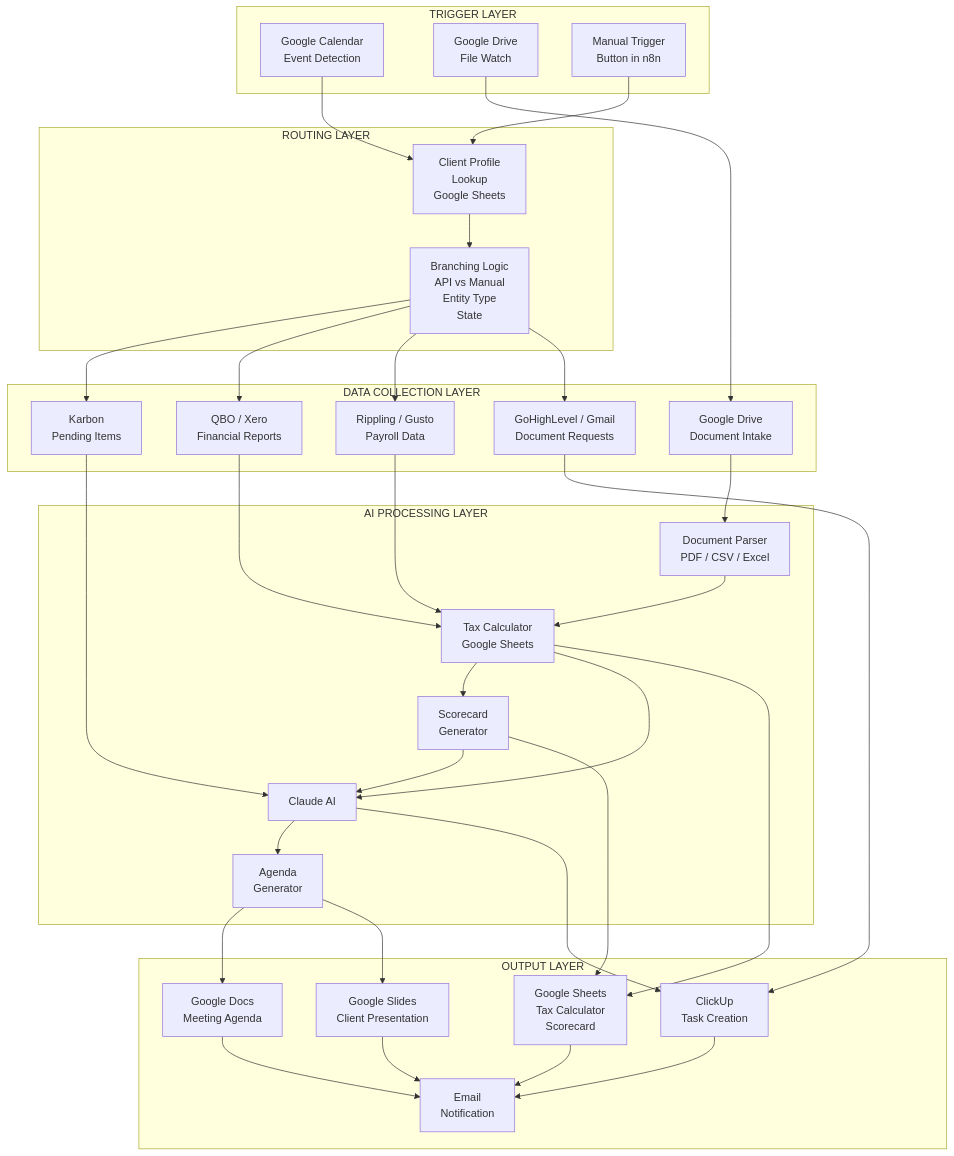
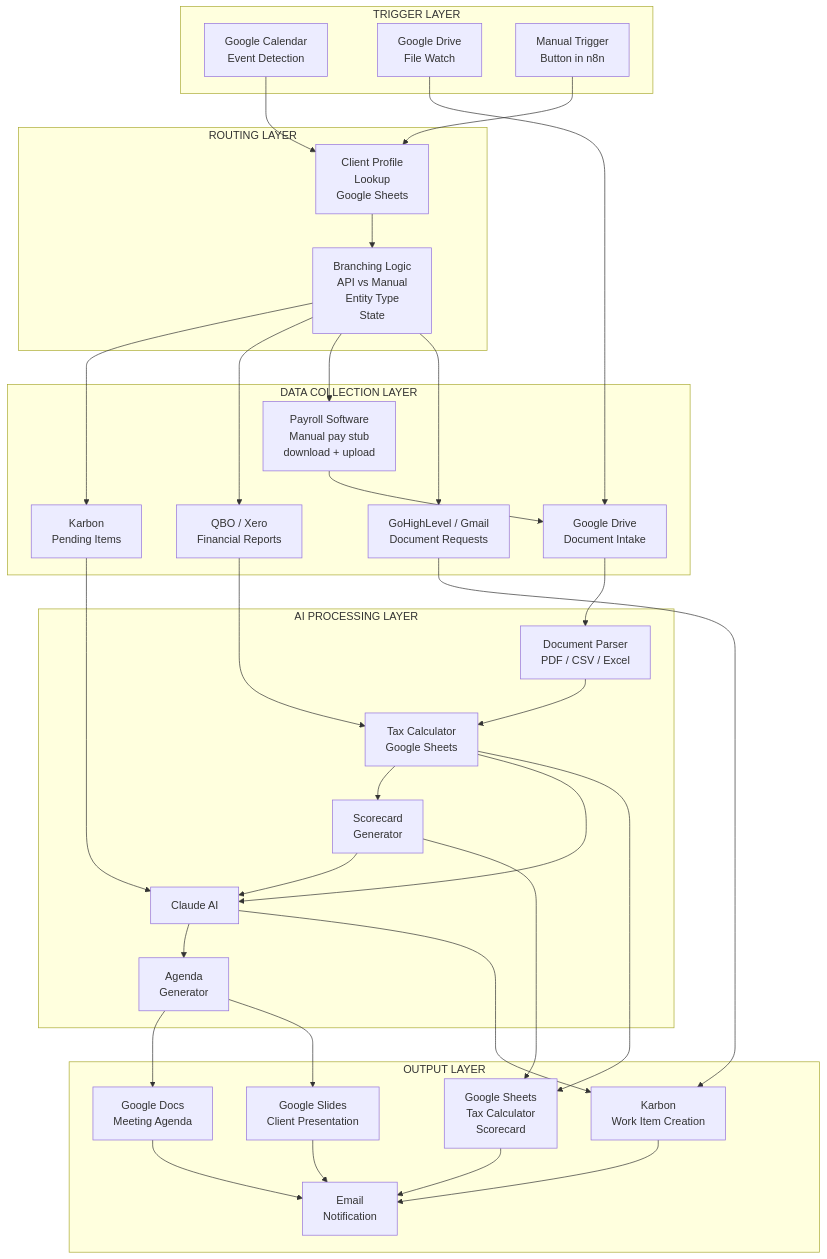
One commit to dkinvestments-art/n8n changed the third of 20 diagrams in docs/quarterly-meeting-automation/05-Comprehensive-Workflow-Documentation.md. Above: the diagram before and after it, drawn with Mermaid. The commit also changed other lines of this file, not shown here.

First line of the commit message:
docs: Apply payroll-manual and Karbon task changes to workflow doc

````diff
--- a/docs/quarterly-meeting-automation/05-Comprehensive-Workflow-Documentation.md
+++ b/docs/quarterly-meeting-automation/05-Comprehensive-Workflow-Documentation.md
@@ -163,65 +164,65 @@
 ```mermaid
 flowchart TD
     subgraph TRIGGER["TRIGGER LAYER"]
         CAL[Google Calendar<br/>Event Detection]
         DRIVE[Google Drive<br/>File Watch]
         MANUAL[Manual Trigger<br/>Button in n8n]
     end
 
     subgraph ROUTING["ROUTING LAYER"]
         PROFILE[Client Profile<br/>Lookup<br/>Google Sheets]
         BRANCH[Branching Logic<br/>API vs Manual<br/>Entity Type<br/>State]
     end
 
     subgraph COLLECTION["DATA COLLECTION LAYER"]
         KARBON[Karbon<br/>Pending Items]
         QBO[QBO / Xero<br/>Financial Reports]
-        PAYROLL[Rippling / Gusto<br/>Payroll Data]
+        PAYROLL[Payroll Software<br/>Manual pay stub<br/>download + upload]
         EMAIL[GoHighLevel / Gmail<br/>Document Requests]
         INTAKE[Google Drive<br/>Document Intake]
     end
 
     subgraph PROCESSING["AI PROCESSING LAYER"]
         CLAUDE[Claude AI]
         PARSE[Document Parser<br/>PDF / CSV / Excel]
         CALC[Tax Calculator<br/>Google Sheets]
         SCORE[Scorecard<br/>Generator]
         AGENDA[Agenda<br/>Generator]
     end
 
     subgraph OUTPUT["OUTPUT LAYER"]
         GDOC[Google Docs<br/>Meeting Agenda]
         GSHEET[Google Sheets<br/>Tax Calculator<br/>Scorecard]
         GSLIDE[Google Slides<br/>Client Presentation]
-        CLICKUP[ClickUp<br/>Task Creation]
+        KARBON_WI[Karbon<br/>Work Item Creation]
         NOTIFY[Email<br/>Notification]
     end
 
     CAL --> PROFILE
     DRIVE --> INTAKE
     MANUAL --> PROFILE
     PROFILE --> BRANCH
     BRANCH --> KARBON
     BRANCH --> QBO
     BRANCH --> PAYROLL
     BRANCH --> EMAIL
+    PAYROLL --> INTAKE
     INTAKE --> PARSE
     KARBON --> CLAUDE
     QBO --> CALC
-    PAYROLL --> CALC
     PARSE --> CALC
-    EMAIL --> CLICKUP
+    EMAIL --> KARBON_WI
     CALC --> SCORE
     CALC --> CLAUDE
     SCORE --> CLAUDE
     CLAUDE --> AGENDA
     AGENDA --> GDOC
     AGENDA --> GSLIDE
     SCORE --> GSHEET
     CALC --> GSHEET
-    CLAUDE --> CLICKUP
+    CLAUDE --> KARBON_WI
     GDOC --> NOTIFY
     GSHEET --> NOTIFY
     GSLIDE --> NOTIFY
-    CLICKUP --> NOTIFY
+    KARBON_WI --> NOTIFY
 ```
````
